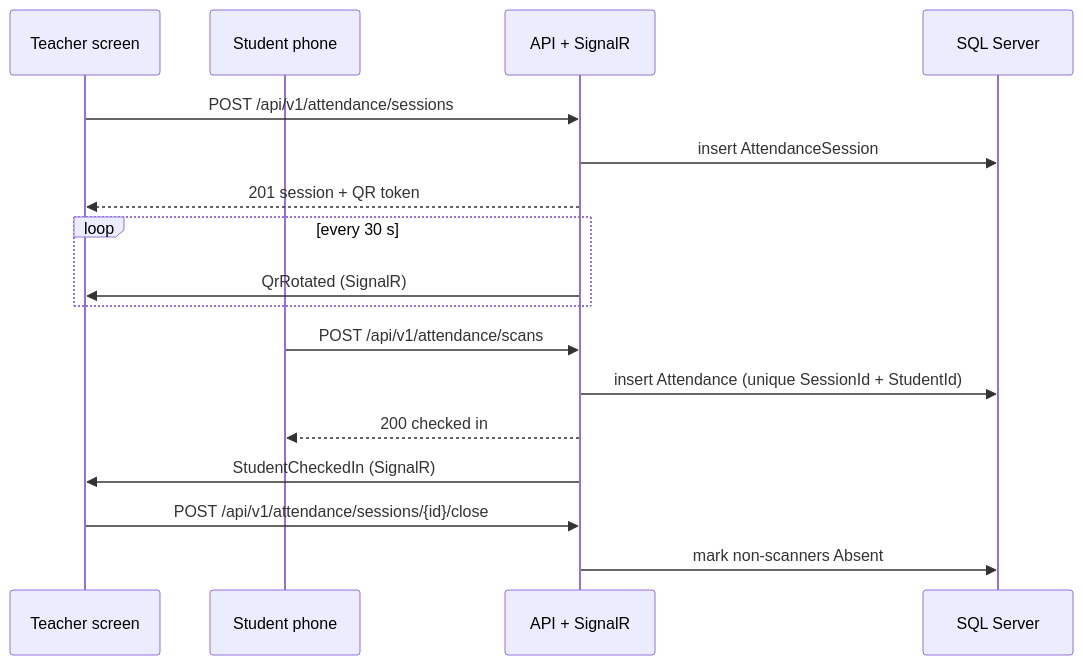
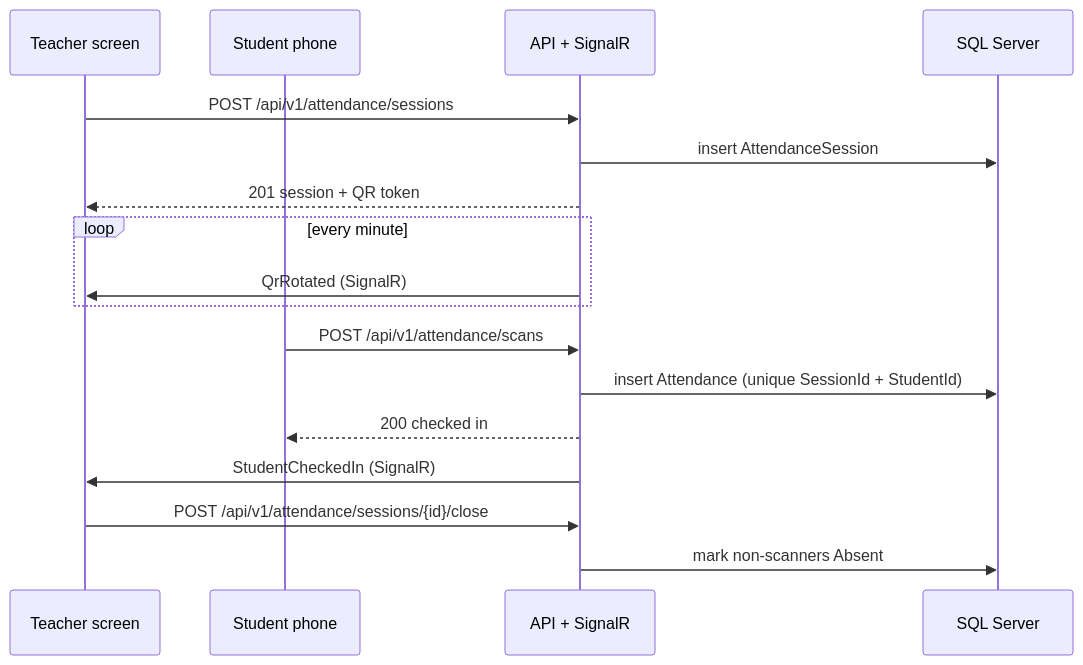
Before and after one commit to ridhwanhabib18/schomans: the ninth of 9 diagrams in docs/en/system-design.md, drawn with Mermaid. The commit also changed other lines of this file and 9 other files, not shown here.

````diff
--- a/docs/en/system-design.md
+++ b/docs/en/system-design.md
@@ -359,20 +580,20 @@
 ```mermaid
 %% Source: diagrams/sequences/qr-attendance.mmd
 sequenceDiagram
   participant T as Teacher screen
   participant S as Student phone
   participant A as API + SignalR
   participant D as SQL Server
   T->>A: POST /api/v1/attendance/sessions
   A->>D: insert AttendanceSession
   A-->>T: 201 session + QR token
-  loop every 30 s
+  loop every minute
     A->>T: QrRotated (SignalR)
   end
   S->>A: POST /api/v1/attendance/scans
   A->>D: insert Attendance (unique SessionId + StudentId)
   A-->>S: 200 checked in
   A->>T: StudentCheckedIn (SignalR)
   T->>A: POST /api/v1/attendance/sessions/{id}/close
   A->>D: mark non-scanners Absent
 ```
````
